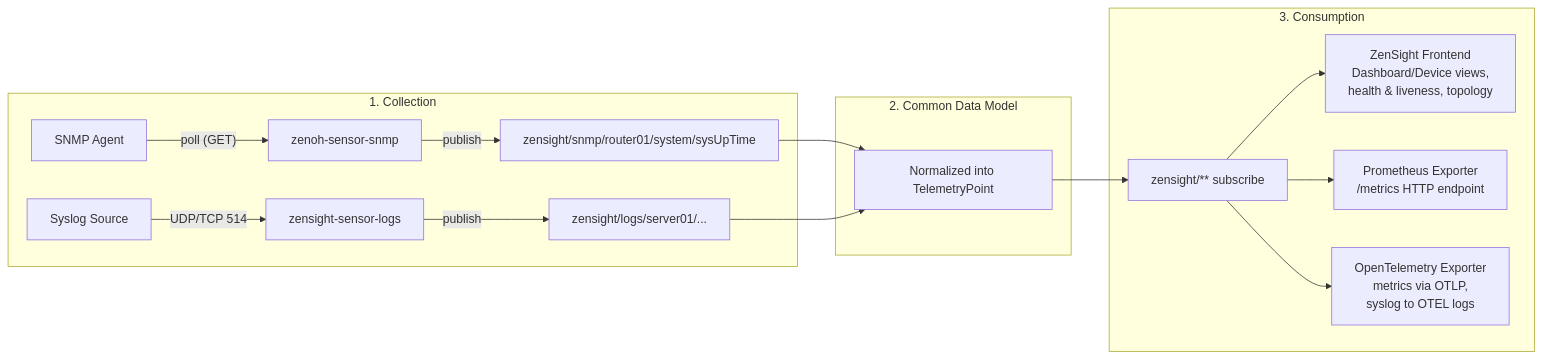
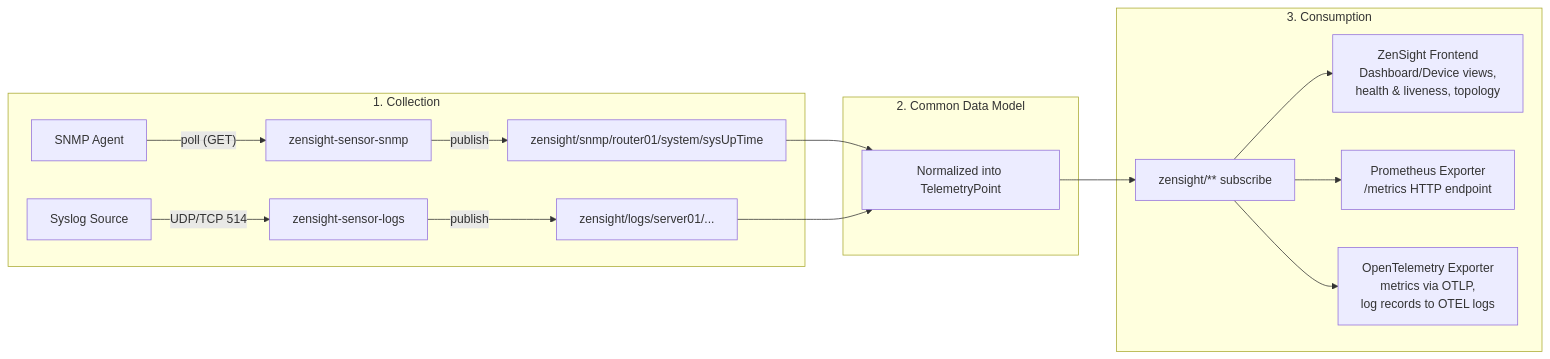
Before and after one commit to p13marc/zensight: the third of 8 diagrams in docs/ARCHITECTURE.md, drawn with Mermaid. The commit also changed other lines of this file and 3 other files, not shown here.

First line of the commit message:
docs: fix stale crate names + escape angle brackets in Mermaid labels

````diff
--- a/docs/ARCHITECTURE.md
+++ b/docs/ARCHITECTURE.md
@@ -94,29 +94,29 @@
 ```mermaid
 flowchart LR
     subgraph Collection["1. Collection"]
-        SNMPAgent["SNMP Agent"] -- "poll (GET)" --> SnmpSensor["zenoh-sensor-snmp"]
+        SNMPAgent["SNMP Agent"] -- "poll (GET)" --> SnmpSensor["zensight-sensor-snmp"]
         SnmpSensor -- publish --> SnmpKey["zensight/snmp/router01/system/sysUpTime"]
 
         SyslogSource["Syslog Source"] -- "UDP/TCP 514" --> LogsSensor["zensight-sensor-logs"]
         LogsSensor -- publish --> LogsKey["zensight/logs/server01/..."]
     end
 
     subgraph Model["2. Common Data Model"]
         TP["Normalized into TelemetryPoint"]
     end
 
     SnmpKey --> TP
     LogsKey --> TP
 
     subgraph Consumption["3. Consumption"]
         Bus["zensight/** subscribe"]
         Frontend["ZenSight Frontend<br/>Dashboard/Device views,<br/>health &amp; liveness, topology"]
         PromExp["Prometheus Exporter<br/>/metrics HTTP endpoint"]
-        OtelExp["OpenTelemetry Exporter<br/>metrics via OTLP,<br/>syslog to OTEL logs"]
+        OtelExp["OpenTelemetry Exporter<br/>metrics via OTLP,<br/>log records to OTEL logs"]
     end
 
     TP --> Bus
     Bus --> Frontend
     Bus --> PromExp
     Bus --> OtelExp
 ```
````
